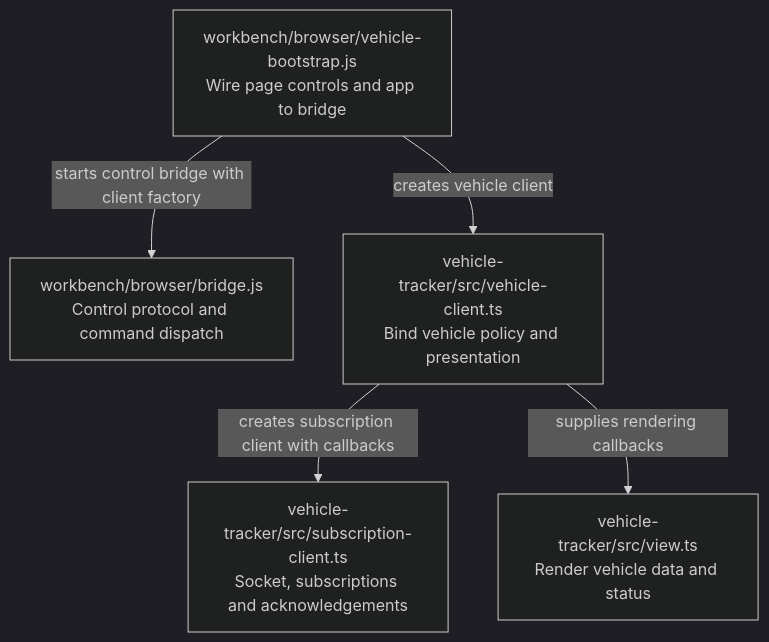
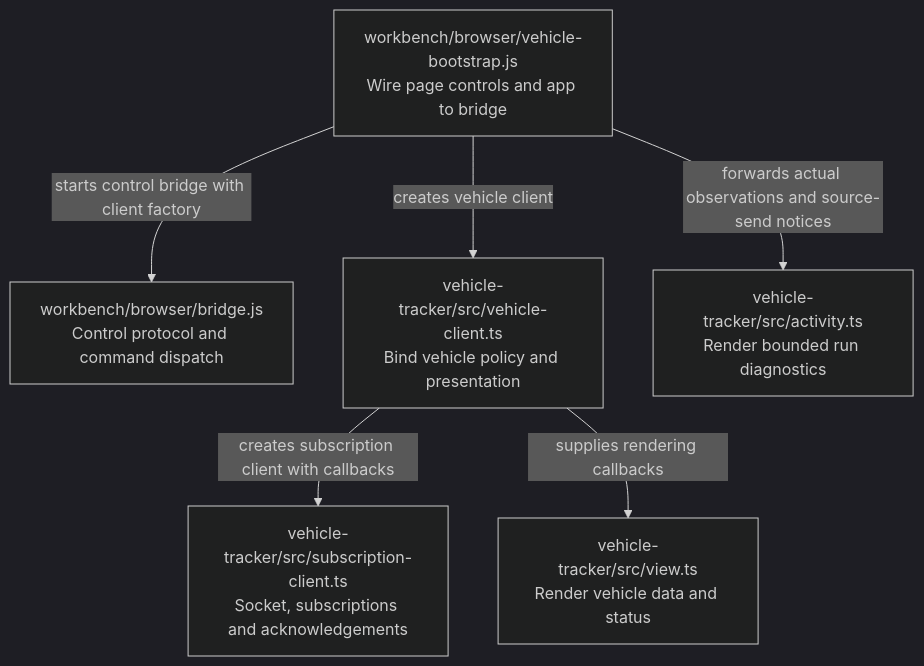
One commit to sproates/zooglass changed the sixth of 6 diagrams in incubator/workbench/docs/source-map.md. Above: the diagram before and after it, drawn with Mermaid (dark theme). The commit also changed other lines of this file and 17 other files, not shown here.

First line of the commit message:
Explain vehicle demo steps and show recent run activity (#61)

````diff
--- a/incubator/workbench/docs/source-map.md
+++ b/incubator/workbench/docs/source-map.md
@@ -198,12 +206,14 @@
 ```mermaid
 flowchart TB
   bootstrap["workbench/browser/vehicle-bootstrap.js<br/>Wire page controls and app to bridge"]
   bridge["workbench/browser/bridge.js<br/>Control protocol and command dispatch"]
   client["vehicle-tracker/src/vehicle-client.ts<br/>Bind vehicle policy and presentation"]
   subscription["vehicle-tracker/src/subscription-client.ts<br/>Socket, subscriptions and acknowledgements"]
   view["vehicle-tracker/src/view.ts<br/>Render vehicle data and status"]
+  activity["vehicle-tracker/src/activity.ts<br/>Render bounded run diagnostics"]
+  bootstrap -->|forwards actual observations and source-send notices| activity
   bootstrap -->|starts control bridge with client factory| bridge
   bootstrap -->|creates vehicle client| client
   client -->|creates subscription client with callbacks| subscription
   client -->|supplies rendering callbacks| view
 ```
````
